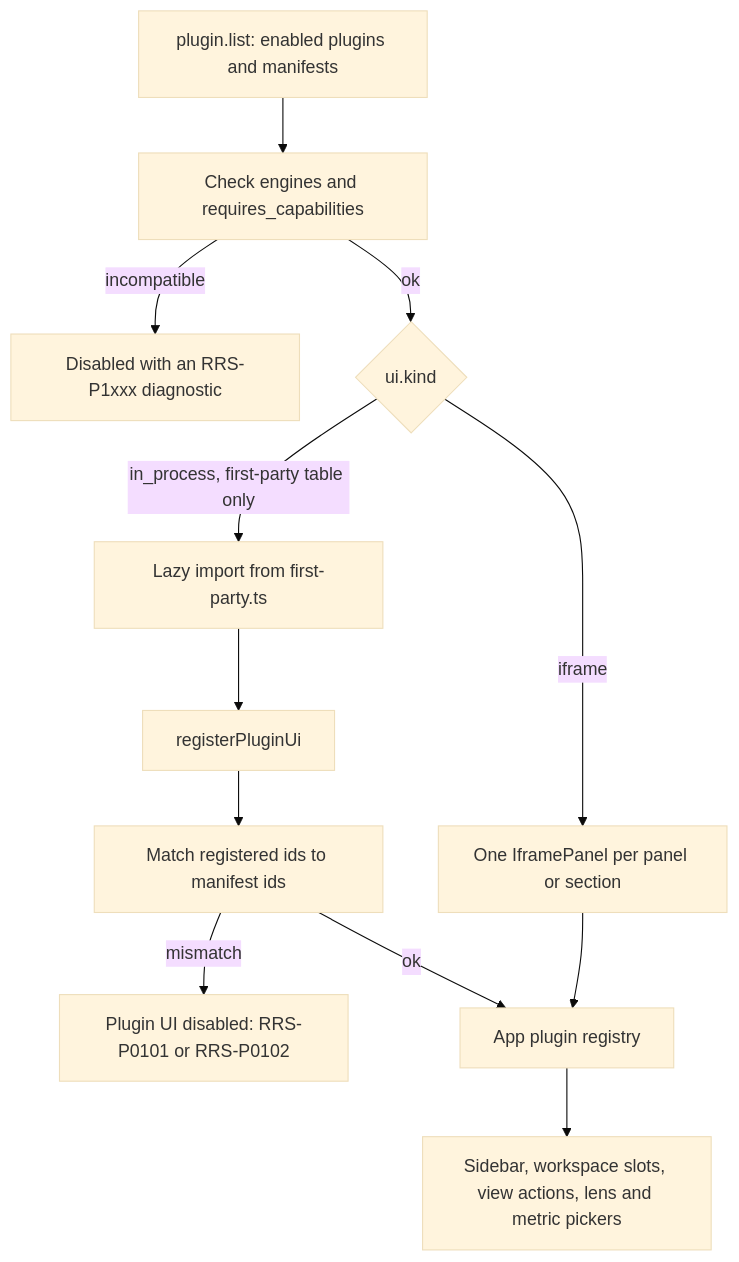
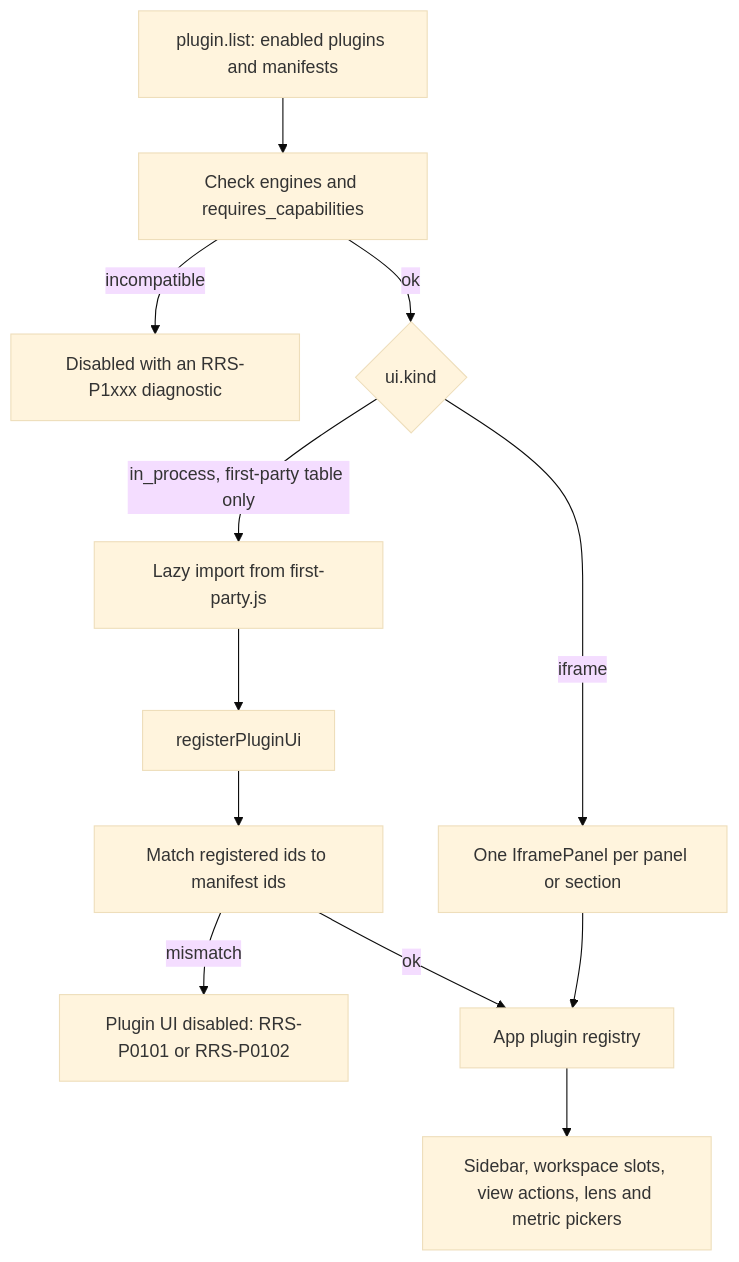
One commit to Snubiss/RASTAI-Research-Studio changed the eighth of 11 diagrams in docs/architecture/layout/frontend-and-plugins.md. Above: the diagram before and after it, drawn with Mermaid (base theme). The commit also changed other lines of this file and 44 other files, not shown here.

````diff
--- a/docs/architecture/layout/frontend-and-plugins.md
+++ b/docs/architecture/layout/frontend-and-plugins.md
@@ -1612,14 +2502,14 @@
 ```mermaid
 flowchart TD
   LIST["plugin.list: enabled plugins and manifests"] --> CHECK["Check engines and requires_capabilities"]
   CHECK -->|"incompatible"| OFF["Disabled with an RRS-P1xxx diagnostic"]
   CHECK -->|"ok"| KIND{"ui.kind"}
-  KIND -->|"in_process, first-party table only"| LAZY["Lazy import from first-party.ts"]
+  KIND -->|"in_process, first-party table only"| LAZY["Lazy import from first-party.js"]
   KIND -->|"iframe"| FRAME["One IframePanel per panel or section"]
   LAZY --> REG["registerPluginUi"]
   REG --> MATCH["Match registered ids to manifest ids"]
   MATCH -->|"mismatch"| OFF2["Plugin UI disabled: RRS-P0101 or RRS-P0102"]
   MATCH -->|"ok"| APPREG["App plugin registry"]
   FRAME --> APPREG
   APPREG --> SURF["Sidebar, workspace slots, view actions, lens and metric pickers"]
 ```
````
